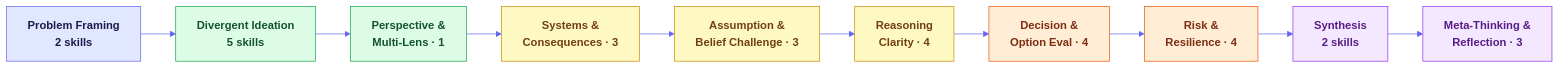
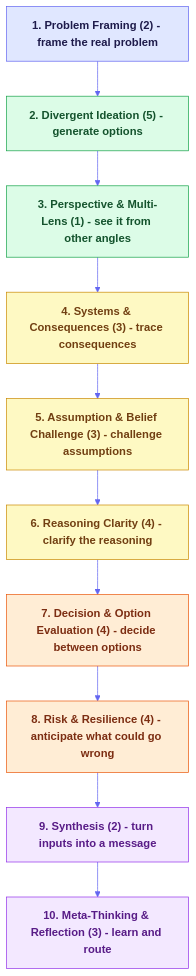
Before and after one commit to product-on-purpose/thinking-framework-skills: the first of 2 diagrams in README.md, drawn with Mermaid. The commit also changed 3 other files, not shown here.

First line of the commit message:
docs(site): legible diagrams + an engaging getting-started page (#23)

````diff
--- a/README.md
+++ b/README.md
@@ -141,22 +141,22 @@
 ```mermaid
 %%{init: {'theme':'base','themeVariables':{'primaryColor':'#eef2ff','primaryBorderColor':'#c7d2fe','lineColor':'#6366f1','fontFamily':'system-ui, sans-serif'}}}%%
-flowchart LR
+flowchart TB
     classDef frame fill:#e0e7ff,stroke:#6366f1,color:#1e1b4b,font-weight:bold
     classDef gen fill:#dcfce7,stroke:#16a34a,color:#14532d,font-weight:bold
     classDef analyze fill:#fef9c3,stroke:#ca8a04,color:#713f12,font-weight:bold
     classDef decide fill:#ffedd5,stroke:#ea580c,color:#7c2d12,font-weight:bold
     classDef reflect fill:#f3e8ff,stroke:#9333ea,color:#581c87,font-weight:bold
 
-    PF["Problem Framing<br/>2 skills"]:::frame
-    DI["Divergent Ideation<br/>5 skills"]:::gen
-    PM["Perspective &<br/>Multi-Lens · 1"]:::gen
-    SC["Systems &<br/>Consequences · 3"]:::analyze
-    AB["Assumption &<br/>Belief Challenge · 3"]:::analyze
-    RC["Reasoning<br/>Clarity · 4"]:::analyze
-    DO["Decision &<br/>Option Eval · 4"]:::decide
-    RR["Risk &<br/>Resilience · 4"]:::decide
-    SY["Synthesis<br/>2 skills"]:::reflect
-    MR["Meta-Thinking &<br/>Reflection · 3"]:::reflect
+    PF["1. Problem Framing (2) - frame the real problem"]:::frame
+    DI["2. Divergent Ideation (5) - generate options"]:::gen
+    PM["3. Perspective & Multi-Lens (1) - see it from other angles"]:::gen
+    SC["4. Systems & Consequences (3) - trace consequences"]:::analyze
+    AB["5. Assumption & Belief Challenge (3) - challenge assumptions"]:::analyze
+    RC["6. Reasoning Clarity (4) - clarify the reasoning"]:::analyze
+    DO["7. Decision & Option Evaluation (4) - decide between options"]:::decide
+    RR["8. Risk & Resilience (4) - anticipate what could go wrong"]:::decide
+    SY["9. Synthesis (2) - turn inputs into a message"]:::reflect
+    MR["10. Meta-Thinking & Reflection (3) - learn and route"]:::reflect
 
     PF --> DI --> PM --> SC --> AB --> RC --> DO --> RR --> SY --> MR
 ```
````
